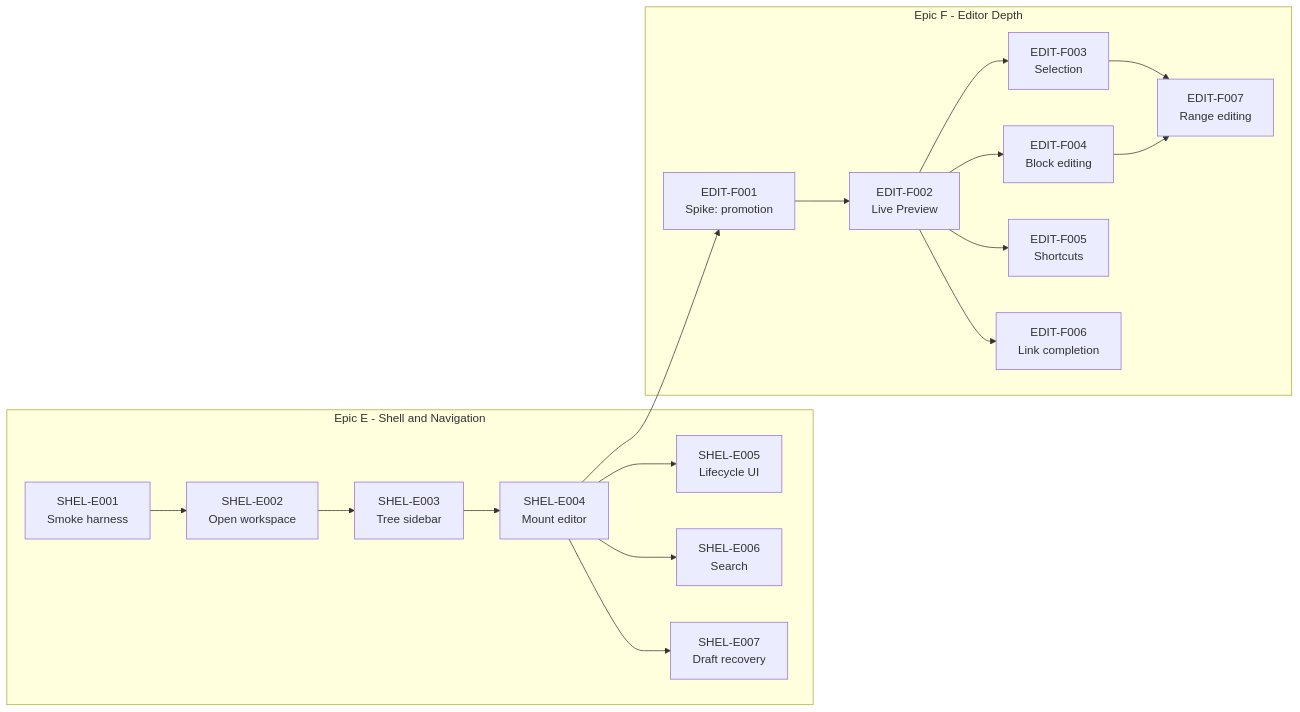
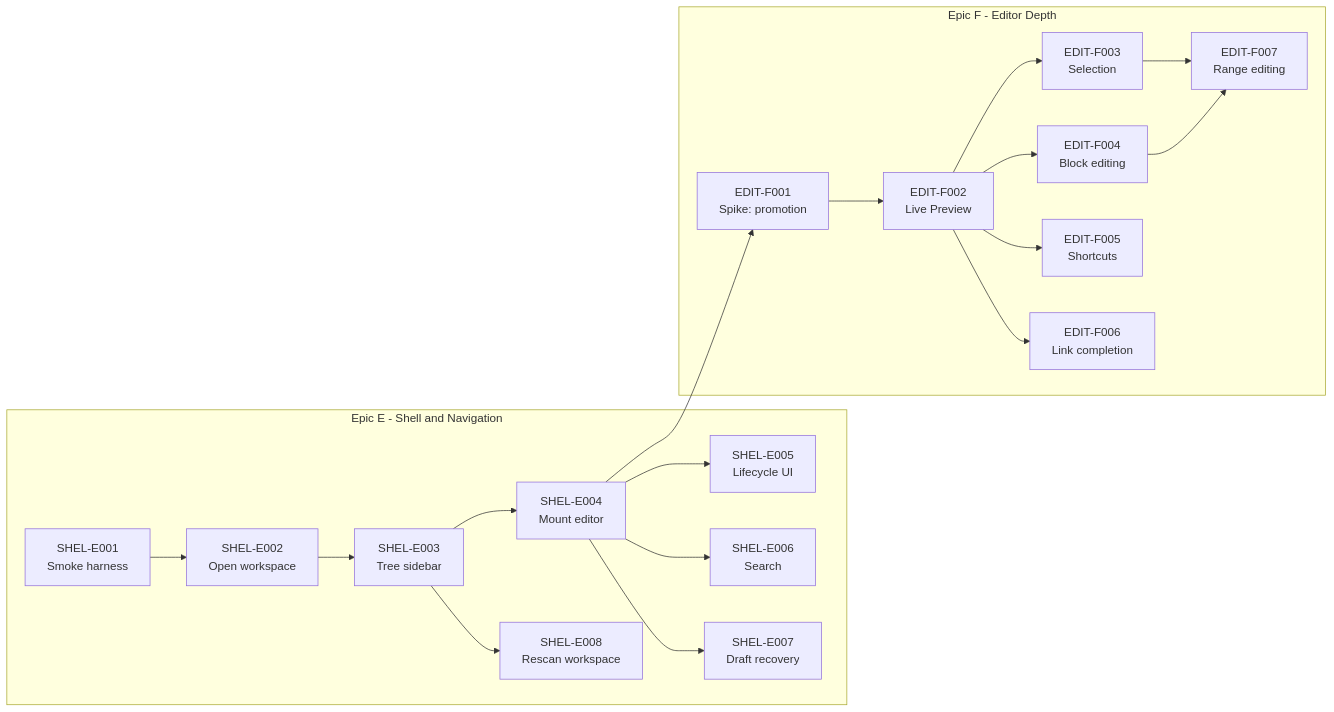
Before and after one commit to SkrOYC/burlmd: the diagram in .constitution/tasks/critical-path.md, drawn with Mermaid. The commit also changed other lines of this file and 3 other files, not shown here.

````diff
--- a/.constitution/tasks/critical-path.md
+++ b/.constitution/tasks/critical-path.md
@@ -37,38 +37,40 @@
 ```mermaid
 flowchart LR
     subgraph EpicE [Epic E - Shell and Navigation]
         E001[SHEL-E001<br/>Smoke harness]
         E002[SHEL-E002<br/>Open workspace]
         E003[SHEL-E003<br/>Tree sidebar]
         E004[SHEL-E004<br/>Mount editor]
         E005[SHEL-E005<br/>Lifecycle UI]
         E006[SHEL-E006<br/>Search]
         E007[SHEL-E007<br/>Draft recovery]
+        E008[SHEL-E008<br/>Rescan workspace]
     end
 
     subgraph EpicF [Epic F - Editor Depth]
         F001[EDIT-F001<br/>Spike: promotion]
         F002[EDIT-F002<br/>Live Preview]
         F003[EDIT-F003<br/>Selection]
         F004[EDIT-F004<br/>Block editing]
         F005[EDIT-F005<br/>Shortcuts]
         F006[EDIT-F006<br/>Link completion]
         F007[EDIT-F007<br/>Range editing]
     end
 
     E001 --> E002
     E002 --> E003
     E003 --> E004
     E004 --> E005
     E004 --> E006
     E004 --> E007
+    E003 --> E008
 
     E004 --> F001
     F001 --> F002
     F002 --> F003
     F002 --> F004
     F002 --> F005
     F002 --> F006
     F003 --> F007
     F004 --> F007
 ```
````
